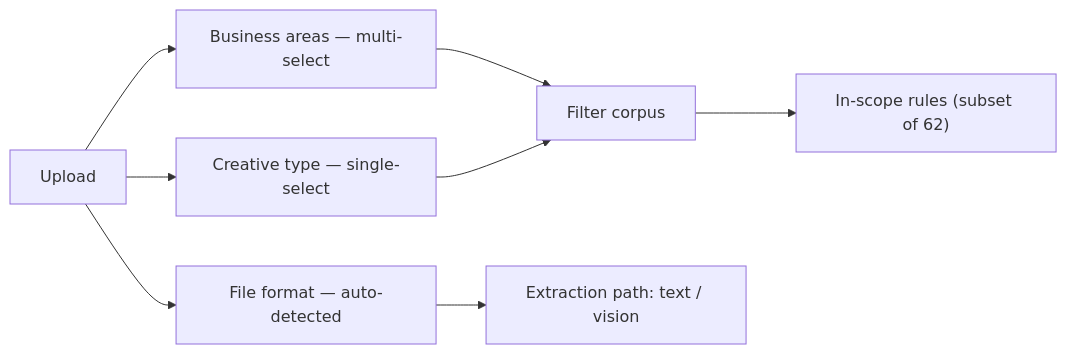
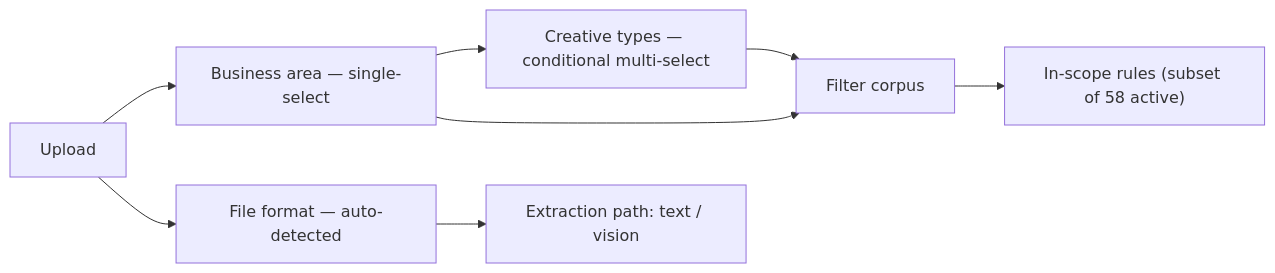
One commit to sachinj9074/SEBI-Ad-Code-Compliance-Checker changed the diagram in corpus/SEGMENTS.md. Above: the diagram before and after it, drawn with Mermaid. The commit also changed other lines of this file and 21 other files, not shown here.

First line of the commit message:
Taxonomy: area single-select (Scheme-related/IAP/Others & Media) + conditional creative-type multi-select

````diff
--- a/corpus/SEGMENTS.md
+++ b/corpus/SEGMENTS.md
@@ -10,10 +10,10 @@
 ```mermaid
 flowchart LR
-    U["Upload"] --> A["Business areas — multi-select"]
-    U --> C["Creative type — single-select"]
+    U["Upload"] --> A["Business area — single-select"]
+    A --> C["Creative types — conditional multi-select"]
     U --> F["File format — auto-detected"]
     A --> FIL["Filter corpus"]
     C --> FIL
     F --> EXT["Extraction path: text / vision"]
-    FIL --> R["In-scope rules (subset of 62)"]
+    FIL --> R["In-scope rules (subset of 58 active)"]
 ```
````
